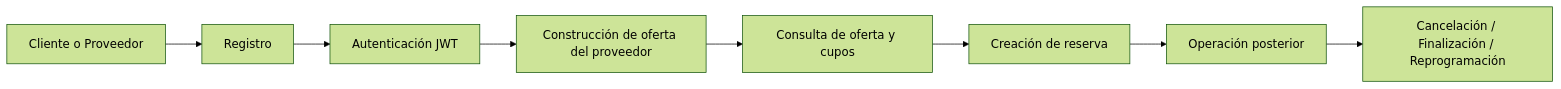
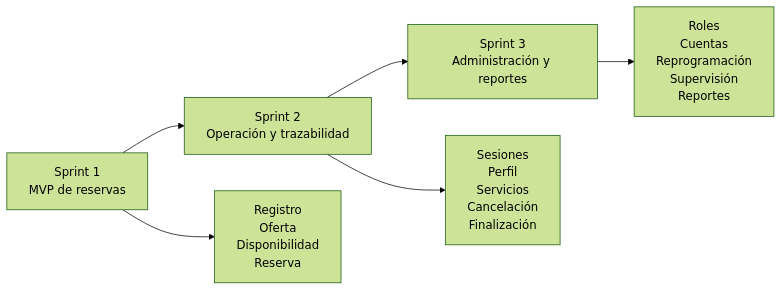
One commit to spalacioc05/EAP09-Caso15-ReservasServicios-2026-1 changed the first of 4 diagrams in README.md. Above: the diagram before and after it, drawn with Mermaid (forest theme). The commit also changed other lines of this file, not shown here.

````diff
--- a/README.md
+++ b/README.md
@@ -73,10 +92,9 @@
 ```mermaid
 flowchart LR
-    A[Cliente o Proveedor] --> B[Registro]
-    B --> C[Autenticación JWT]
-    C --> D[Construcción de oferta del proveedor]
-    D --> E[Consulta de oferta y cupos]
-    E --> F[Creación de reserva]
-    F --> G[Operación posterior]
-    G --> H[Cancelación / Finalización / Reprogramación]
+    S1[Sprint 1<br/>MVP de reservas] --> S2[Sprint 2<br/>Operación y trazabilidad]
+    S2 --> S3[Sprint 3<br/>Administración y reportes]
+
+    S1 --> A1[Registro<br/>Oferta<br/>Disponibilidad<br/>Reserva]
+    S2 --> A2[Sesiones<br/>Perfil<br/>Servicios<br/>Cancelación<br/>Finalización]
+    S3 --> A3[Roles<br/>Cuentas<br/>Reprogramación<br/>Supervisión<br/>Reportes]
 ```
````
